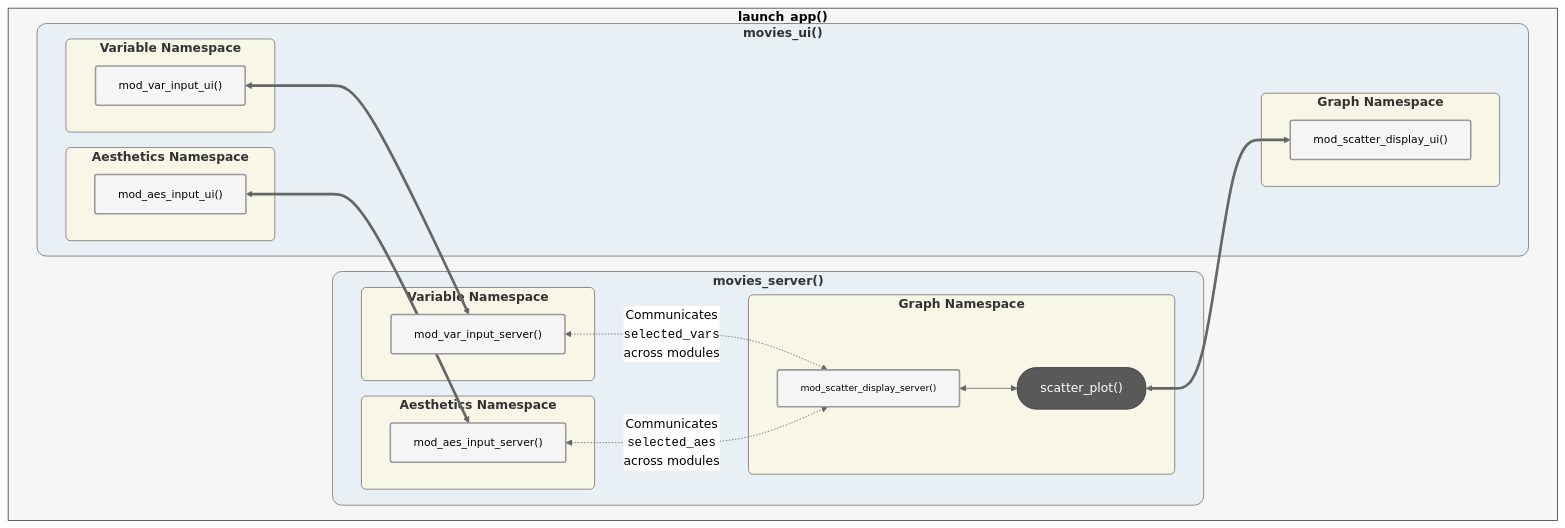
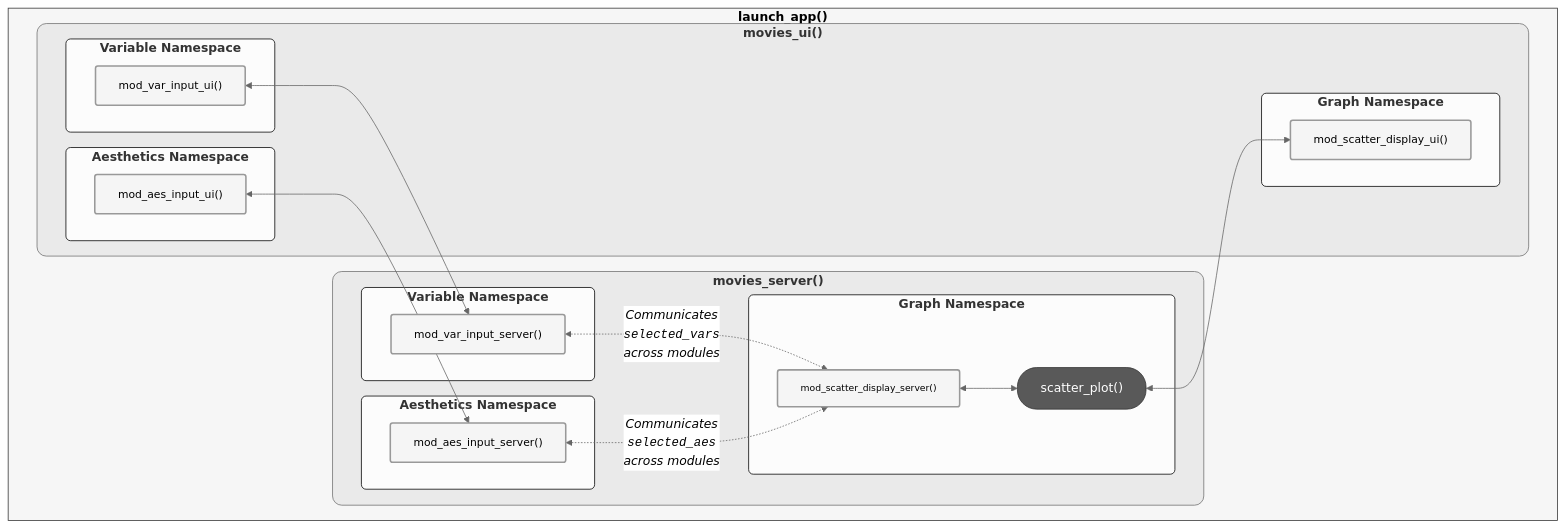
The second of 2 diagrams in logging.qmd (mjfrigaard/shiny-app-pkgs), drawn with Mermaid before and after one commit. The commit also changed other lines of this file and 63 other files, not shown here.

````diff
--- a/logging.qmd
+++ b/logging.qmd
@@ -784,60 +785,64 @@
 ```{mermaid}
 %%| fig-align: center
 %%| fig-cap: 'Primary `launch_app()` app'
 %%{init: {'theme': 'neutral', 'themeVariables': { 'fontFamily': 'monospace', "fontSize":"16px"}}}%%
 flowchart TD
     subgraph Launch["<strong>launch_app()</strong>"]
         subgraph Server["<strong>movies_server()</strong>"]
             subgraph VarServerNS["<strong>Variable Namespace<strong>"]
                 VarInpuServer["mod_var_input_server()"]
             end
             subgraph AesServerNS["<strong>Aesthetics Namespace<strong>"]
                 AesInpuServer["mod_aes_input_server()"]
             end
             subgraph GraphServerNS["<strong>Graph Namespace<strong>"]
                 DisplayServer["mod_scatter_display_server()"]
                 PlotUtil["scatter_plot()"]
             end
         end
         subgraph UI["<strong>movies_ui()</strong>"]
             subgraph VarUINS["<strong>Variable Namespace<strong>"]
                 VarInpuUI["mod_var_input_ui()"]
             end
             subgraph AesUINS["<strong>Aesthetics Namespace<strong>"]
                 AesInpuUI["mod_aes_input_ui()"]
             end
             subgraph GraphUINS["<strong>Graph Namespace<strong>"]
                 DisplayUI["mod_scatter_display_ui()"]
             end
         end
 
-        VarInpuUI <==> VarInpuServer
-        AesInpuUI <==> AesInpuServer
-        DisplayServer <--> PlotUtil <==> DisplayUI
+        VarInpuUI <--> VarInpuServer
+        AesInpuUI <--> AesInpuServer
+        DisplayServer <--> PlotUtil <--> DisplayUI
     end
 
-    VarInpuServer <-.->|"Communicates<br><code>selected_vars</code><br>across modules"| DisplayServer
-    AesInpuServer <-.->|"Communicates<br><code>selected_aes</code><br>across modules"| DisplayServer
+    VarInpuServer <-.->|"<em>Communicates<br><code>selected_vars</code><br>across modules</em>"| DisplayServer
+    AesInpuServer <-.->|"<em>Communicates<br><code>selected_aes</code><br>across modules</em>"| DisplayServer
     
     %% standalone app function 
     style Launch fill:#F6F6F6,color:#000,stroke:#333
+    
     %% modules
     style VarInpuUI font-size:14px,color:#000,fill:#f5f5f5,stroke-width:2px,rx:3,ry:3
     style VarInpuServer font-size:14px,color:#000,fill:#f5f5f5,stroke-width:2px,rx:3,ry:3
     style AesInpuServer font-size:14px,color:#000,fill:#f5f5f5,stroke-width:2px,rx:3,ry:3
     style AesInpuUI font-size:14px,color:#000,fill:#f5f5f5,stroke-width:2px,rx:3,ry:3
     style DisplayServer font-size:12px,color:#000,fill:#f5f5f5,stroke-width:2px,rx:3,ry:3
     style DisplayUI font-size:14px,color:#000,fill:#f5f5f5,stroke-width:2px,rx:3,ry:3
+    
     %% Utility Functions
     style PlotUtil fill:#595959,color:#FFF,stroke:#333,stroke-width:1px,rx:25,ry:25
+    
     %% namespaces
-    style VarServerNS fill:#f8f6e7,stroke-width:1px,rx:6,ry:6
-    style VarUINS fill:#f8f6e7,stroke-width:1px,rx:6,ry:6
-    style AesServerNS fill:#f8f6e7,stroke-width:1px,rx:6,ry:6
-    style AesUINS fill:#f8f6e7,stroke-width:1px,rx:6,ry:6
-    style GraphServerNS fill:#f8f6e7,stroke-width:1px,rx:6,ry:6
-    style GraphUINS fill:#f8f6e7,stroke-width:1px,rx:6,ry:6
+    style VarServerNS fill:#fcfcfc,stroke:#000,stroke-width:1px,rx:6,ry:6
+    style VarUINS fill:#fcfcfc,stroke:#000,stroke-width:1px,rx:6,ry:6
+    style AesServerNS fill:#fcfcfc,stroke:#000,stroke-width:1px,rx:6,ry:6
+    style AesUINS fill:#fcfcfc,stroke:#000,stroke-width:1px,rx:6,ry:6
+    style GraphServerNS fill:#fcfcfc,stroke:#000,stroke-width:1px,rx:6,ry:6
+    style GraphUINS fill:#fcfcfc,stroke:#000,stroke-width:1px,rx:6,ry:6
+    
     %% UI and Server
-    style Server fill:#e8f0f5,stroke-width:1px,rx:12,ry:12
-    style UI fill:#e8f0f5,stroke-width:1px,rx:12,ry:12
+    style Server fill:#eaeaea,stroke-width:1px,rx:12,ry:12
+    style UI fill:#eaeaea,stroke-width:1px,rx:12,ry:12
 ```
````
